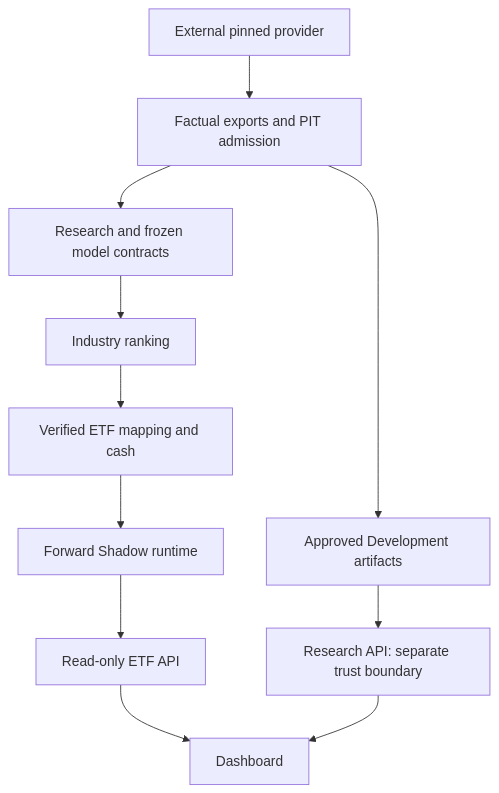
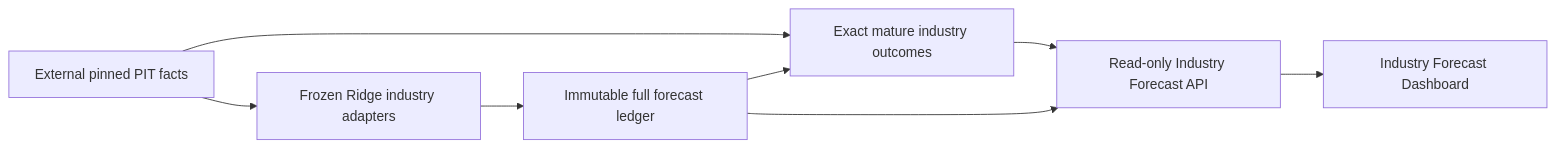
One commit to WynterYaxley123/quant-trading changed the diagram in README.md. Above: the diagram before and after it, drawn with Mermaid. The commit also changed other lines of this file and 94 other files, not shown here.

Commit message:
Refactor SWL2 Ridge into forward industry forecast research

````diff
--- a/README.md
+++ b/README.md
@@ -68,13 +101,10 @@
 ```mermaid
-flowchart TD
- P[External pinned provider] --> F[Factual exports and PIT admission]
- F --> M[Research and frozen model contracts]
- M --> I[Industry ranking]
- I --> E[Verified ETF mapping and cash]
- E --> S[Forward Shadow runtime]
- S --> A[Read-only ETF API]
- A --> D[Dashboard]
- F --> R[Approved Development artifacts]
- R --> RA[Research API: separate trust boundary]
- RA --> D
+flowchart LR
+ F[External pinned PIT facts] --> M[Frozen Ridge industry adapters]
+ M --> L[Immutable full forecast ledger]
+ F --> E[Exact mature industry outcomes]
+ L --> E
+ E --> A[Read-only Industry Forecast API]
+ L --> A
+ A --> D[Industry Forecast Dashboard]
 ```
````
